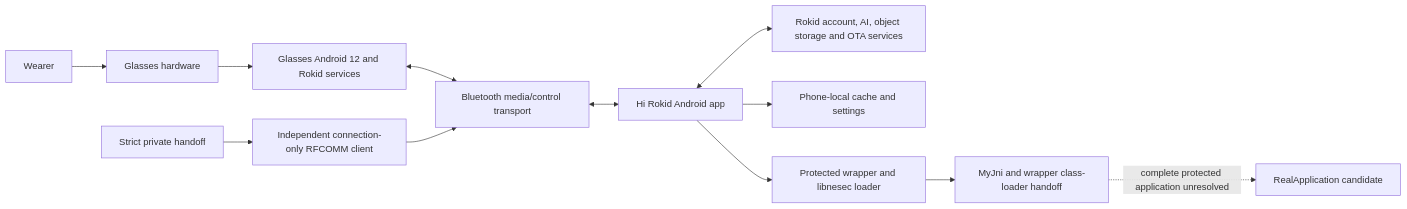
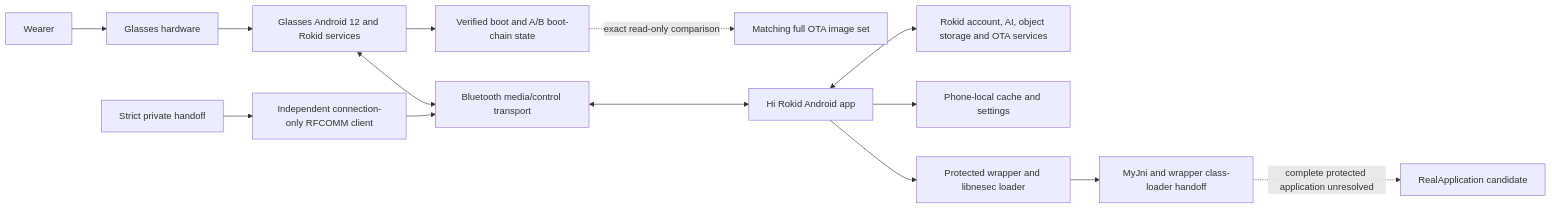
One commit to aimindseye/rokid-ai-glasses changed the first of 3 diagrams in ARCHITECTURE.md. Above: the diagram before and after it, drawn with Mermaid. The commit also changed other lines of this file and 20 other files, not shown here.

Commit message:
docs: publish r25.3 pre-repair and boot-chain findings

````diff
--- a/ARCHITECTURE.md
+++ b/ARCHITECTURE.md
@@ -9,16 +9,18 @@
 ```mermaid
 flowchart LR
     U[Wearer] --> G[Glasses hardware]
     G --> GO[Glasses Android 12 and Rokid services]
     GO <--> T[Bluetooth media/control transport]
+    GO --> B[Verified boot and A/B boot-chain state]
+    B -. exact read-only comparison .-> O[Matching full OTA image set]
     T <--> P[Hi Rokid Android app]
     P <--> C[Rokid account, AI, object storage and OTA services]
     P --> L[Phone-local cache and settings]
 
     P --> W[Protected wrapper and libnesec loader]
     W --> J[MyJni and wrapper class-loader handoff]
     J -. complete protected application unresolved .-> R[RealApplication candidate]
 
     H[Strict private handoff] --> I[Independent connection-only RFCOMM client]
     I --> T
 ```
````
